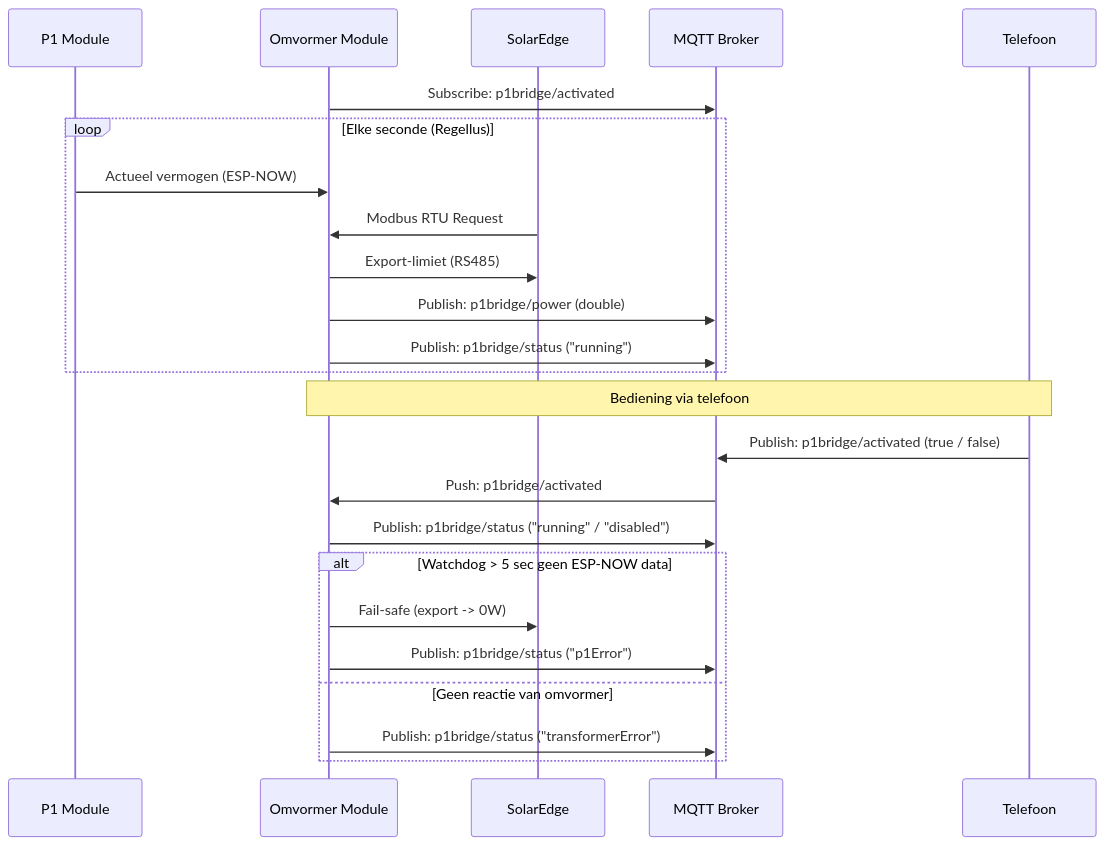
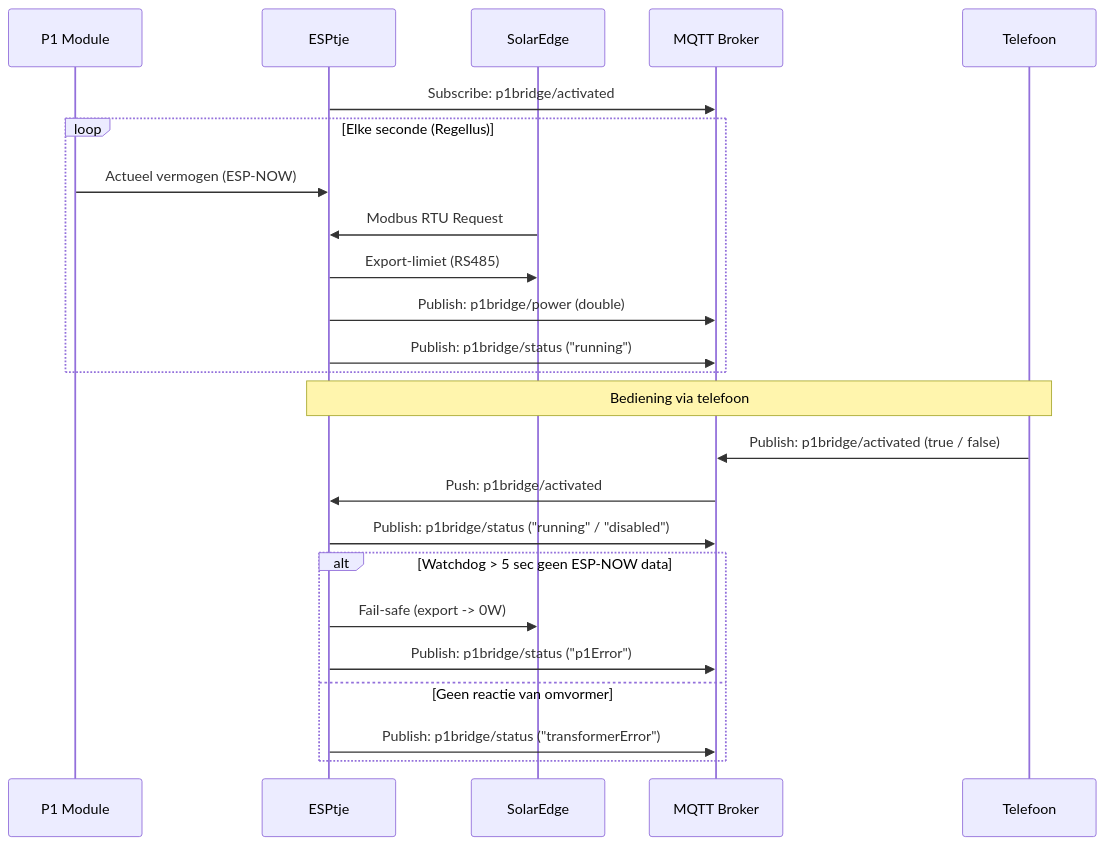
One commit to HexiDevs/OpenP1Bridge changed the diagram in documentation/activitydiagram.md. Above: the diagram before and after it, drawn with Mermaid.

Commit message:
Update activity diagram participant name and mark subproject as dirty

````diff
--- a/documentation/activitydiagram.md
+++ b/documentation/activitydiagram.md
@@ -1,30 +1,30 @@
 ```mermaid
 sequenceDiagram
     participant P1 as P1 Module
-    participant MB as Omvormer Module
+    participant MB as ESPtje
     participant SE as SolarEdge
     participant MQTT as MQTT Broker
     participant App as Telefoon
 
     MB->>MQTT: Subscribe: p1bridge/activated
 
     loop Elke seconde (Regellus)
         P1->>MB: Actueel vermogen (ESP-NOW)
         SE->>MB: Modbus RTU Request
         MB->>SE: Export-limiet (RS485)
         MB->>MQTT: Publish: p1bridge/power (double)
         MB->>MQTT: Publish: p1bridge/status ("running")
     end
 
     Note over App,MB: Bediening via telefoon
     App->>MQTT: Publish: p1bridge/activated (true / false)
     MQTT->>MB: Push: p1bridge/activated
     MB->>MQTT: Publish: p1bridge/status ("running" / "disabled")
 
     alt Watchdog > 5 sec geen ESP-NOW data
         MB->>SE: Fail-safe (export -> 0W)
         MB->>MQTT: Publish: p1bridge/status ("p1Error")
     else Geen reactie van omvormer
         MB->>MQTT: Publish: p1bridge/status ("transformerError")
     end
 ```
````
